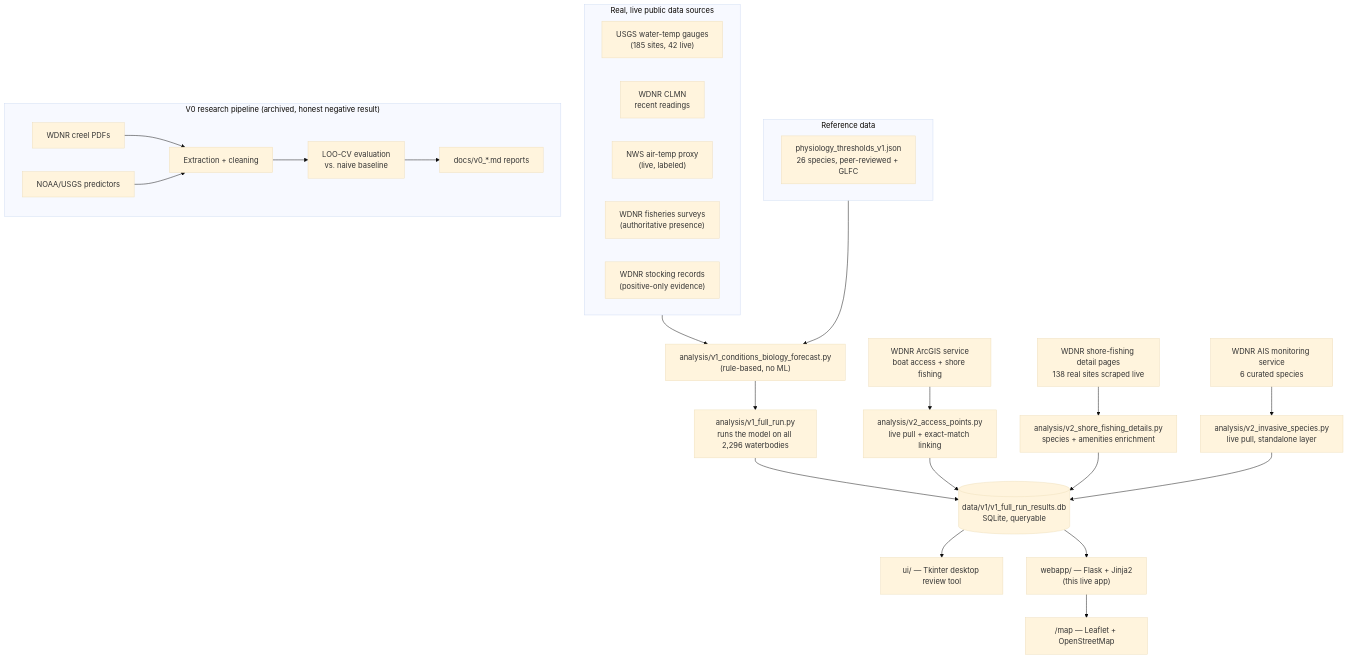
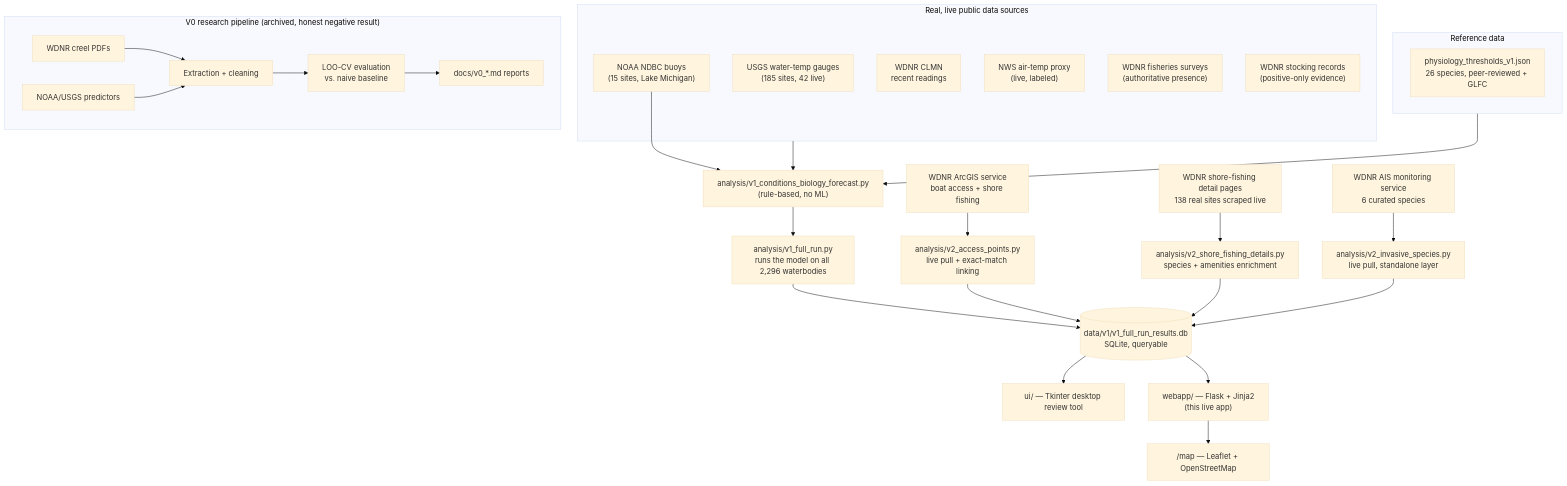
Before and after one commit to jsopa1/fishin: the diagram in README.md, drawn with Mermaid (base theme). The commit also changed other lines of this file and 18 other files, not shown here.

First line of the commit message:
V2 deepening: species dedup, why-not-match, Lake Michigan buoys, plan

````diff
--- a/README.md
+++ b/README.md
@@ -109,34 +110,36 @@
 ```mermaid
 flowchart TD
     subgraph Sources["Real, live public data sources"]
         USGS["USGS water-temp gauges\n(185 sites, 42 live)"]
+        NDBC["NOAA NDBC buoys\n(15 sites, Lake Michigan)"]
         CLMN["WDNR CLMN\nrecent readings"]
         NWS["NWS air-temp proxy\n(live, labeled)"]
         WDNR_S["WDNR fisheries surveys\n(authoritative presence)"]
         WDNR_K["WDNR stocking records\n(positive-only evidence)"]
     end
     subgraph Ref["Reference data"]
         PHYS["physiology_thresholds_v1.json\n26 species, peer-reviewed + GLFC"]
     end
 
     Sources --> Model["analysis/v1_conditions_biology_forecast.py\n(rule-based, no ML)"]
+    NDBC --> Model
     Ref --> Model
     Model --> FullRun["analysis/v1_full_run.py\nruns the model on all 2,296 waterbodies"]
     FullRun --> DB[("data/v1/v1_full_run_results.db\nSQLite, queryable")]
     WDNR_GIS["WDNR ArcGIS service\nboat access + shore fishing"] --> V2Script["analysis/v2_access_points.py\nlive pull + exact-match linking"]
     V2Script --> DB
     WDNR_SF["WDNR shore-fishing detail pages\n138 real sites scraped live"] --> V2SF["analysis/v2_shore_fishing_details.py\nspecies + amenities enrichment"]
     V2SF --> DB
     WDNR_AIS["WDNR AIS monitoring service\n6 curated species"] --> V2AIS["analysis/v2_invasive_species.py\nlive pull, standalone layer"]
     V2AIS --> DB
     DB --> Exe["ui/ — Tkinter desktop review tool"]
     DB --> Web["webapp/ — Flask + Jinja2\n(this live app)"]
     Web --> MapPage["/map — Leaflet + OpenStreetMap"]
 
     subgraph V0["V0 research pipeline (archived, honest negative result)"]
         Creel["WDNR creel PDFs"] --> Extract["Extraction + cleaning"]
         Buoy["NOAA/USGS predictors"] --> Extract
         Extract --> Eval["LOO-CV evaluation\nvs. naive baseline"]
         Eval --> Reports["docs/v0_*.md reports"]
     end
 ```
````
